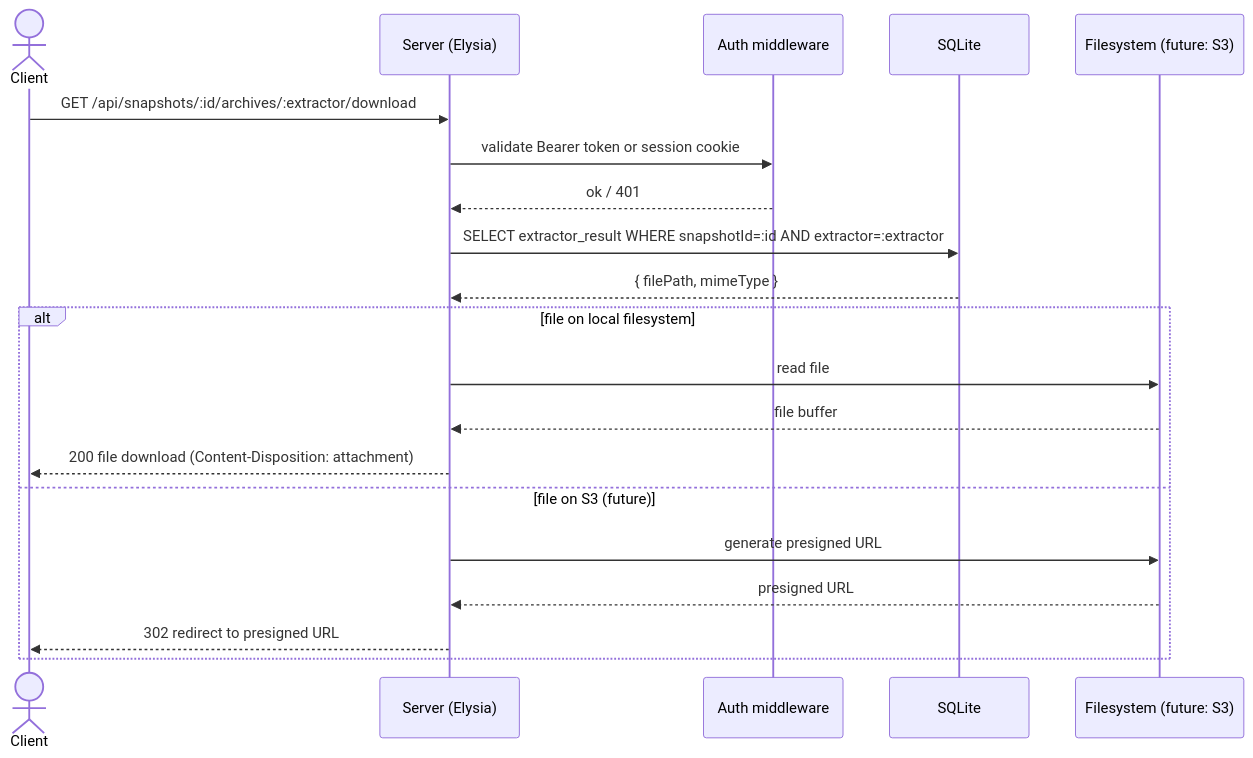
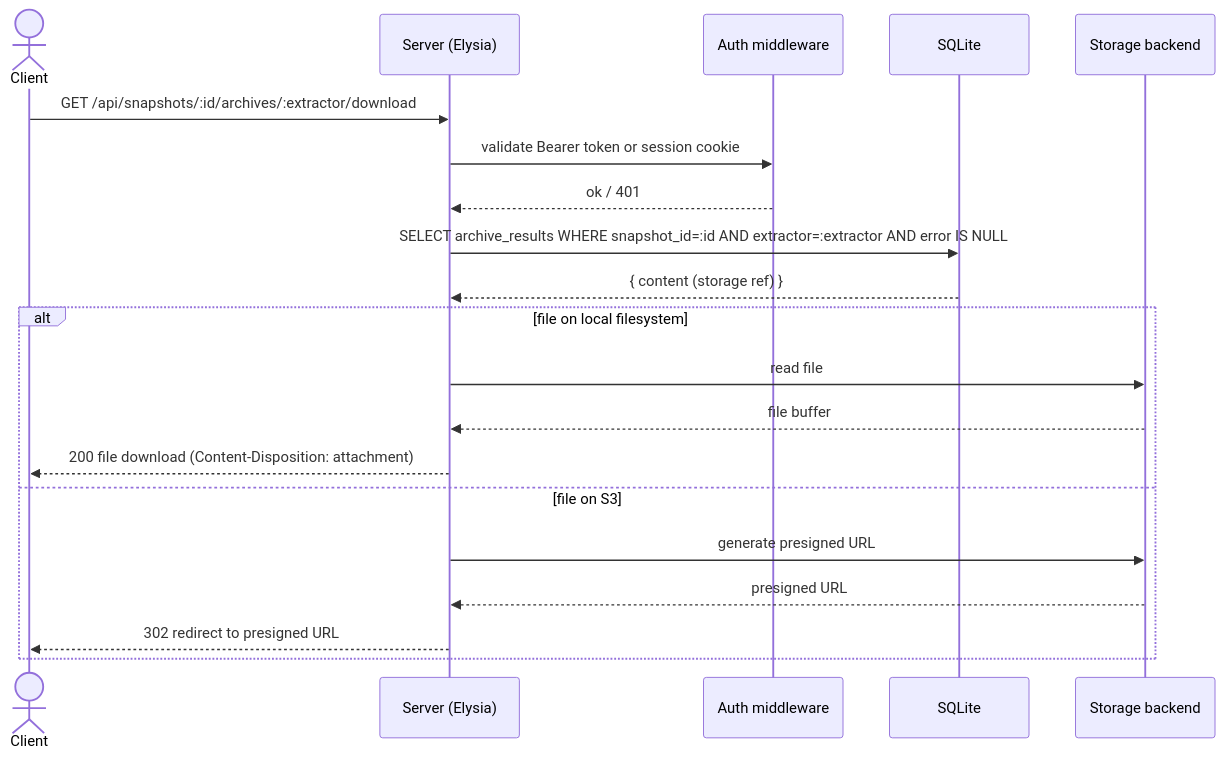
One commit to gtkatakura/webfrost changed the diagram in docs/diagrams/sequences/download-flow.mmd. Above: the diagram before and after it, drawn with Mermaid. The commit also changed 55 other files, not shown here.

```diff
--- a/docs/diagrams/sequences/download-flow.mmd
+++ b/docs/diagrams/sequences/download-flow.mmd
@@ -1,23 +1,23 @@
 sequenceDiagram
   actor Client
   participant Server as Server (Elysia)
   participant Auth as Auth middleware
   participant DB as SQLite
-  participant Storage as Filesystem (future: S3)
+  participant Storage as Storage backend
 
   Client->>Server: GET /api/snapshots/:id/archives/:extractor/download
   Server->>Auth: validate Bearer token or session cookie
   Auth-->>Server: ok / 401
 
-  Server->>DB: SELECT extractor_result WHERE snapshotId=:id AND extractor=:extractor
-  DB-->>Server: { filePath, mimeType }
+  Server->>DB: SELECT archive_results WHERE snapshot_id=:id AND extractor=:extractor AND error IS NULL
+  DB-->>Server: { content (storage ref) }
 
   alt file on local filesystem
     Server->>Storage: read file
     Storage-->>Server: file buffer
     Server-->>Client: 200 file download (Content-Disposition: attachment)
-  else file on S3 (future)
+  else file on S3
     Server->>Storage: generate presigned URL
     Storage-->>Server: presigned URL
     Server-->>Client: 302 redirect to presigned URL
   end
```
